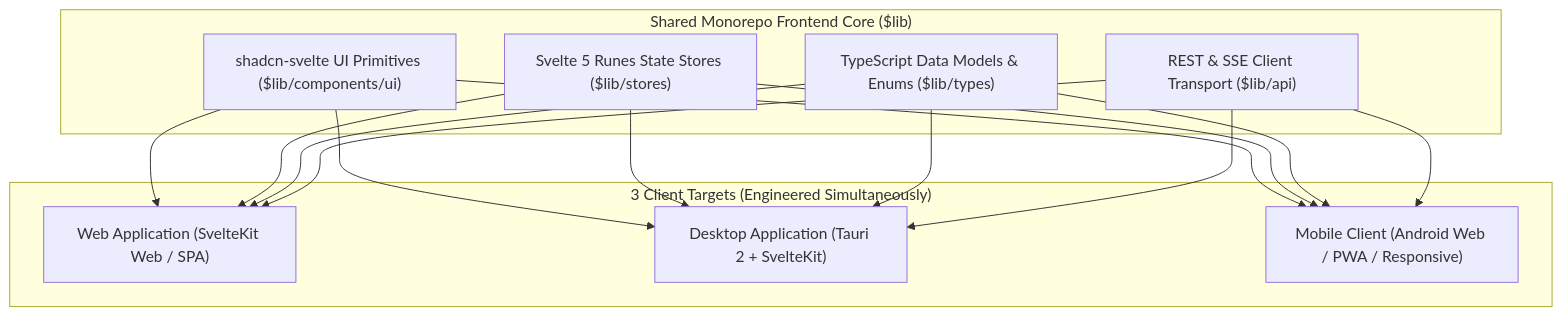
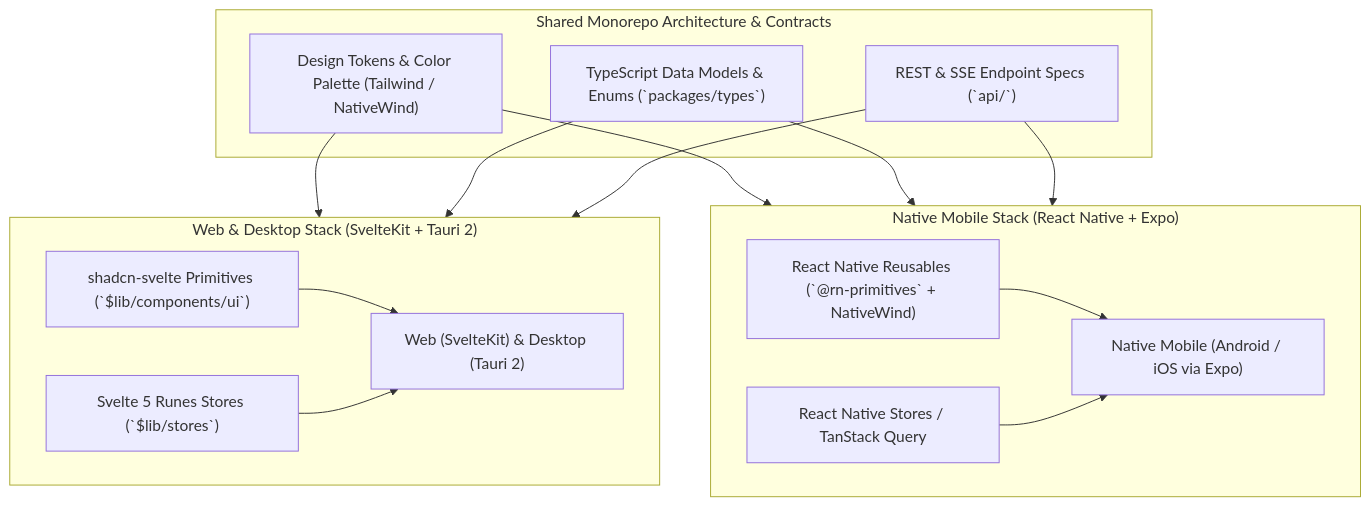
The second of 2 diagrams in docs/FRONTEND_ARCHITECTURE.md (Yogesh-Kumar-Mallik-dev/NovWrite), drawn with Mermaid before and after one commit. The commit also changed other lines of this file and 2 other files, not shown here.

Commit message:
docs(frontend): specify React Native and React Native Reusables mobile stack

````diff
--- a/docs/FRONTEND_ARCHITECTURE.md
+++ b/docs/FRONTEND_ARCHITECTURE.md
@@ -124,19 +125,25 @@
 ```mermaid
 flowchart TD
-    subgraph Core ["Shared Monorepo Frontend Core ($lib)"]
-        Components["shadcn-svelte UI Primitives ($lib/components/ui)"]
-        RunesStores["Svelte 5 Runes State Stores ($lib/stores)"]
-        Contracts["TypeScript Data Models & Enums ($lib/types)"]
-        APIClient["REST & SSE Client Transport ($lib/api)"]
+    subgraph Core ["Shared Monorepo Architecture & Contracts"]
+        Tokens["Design Tokens & Color Palette (Tailwind / NativeWind)"]
+        Contracts["TypeScript Data Models & Enums (`packages/types`)"]
+        APISpec["REST & SSE Endpoint Specs (`api/`)"]
     end
 
-    subgraph Targets ["3 Client Targets (Engineered Simultaneously)"]
-        WebClient["Web Application (SvelteKit Web / SPA)"]
-        DesktopClient["Desktop Application (Tauri 2 + SvelteKit)"]
-        MobileClient["Mobile Client (Android Web / PWA / Responsive)"]
+    subgraph WebDesk ["Web & Desktop Stack (SvelteKit + Tauri 2)"]
+        SvelteUI["shadcn-svelte Primitives (`$lib/components/ui`)"]
+        SvelteStores["Svelte 5 Runes Stores (`$lib/stores`)"]
+        WebDeskApp["Web (SvelteKit) & Desktop (Tauri 2)"]
+        SvelteUI & SvelteStores --> WebDeskApp
     end
 
-    Components & RunesStores & Contracts & APIClient --> WebClient
-    Components & RunesStores & Contracts & APIClient --> DesktopClient
-    Components & RunesStores & Contracts & APIClient --> MobileClient
+    subgraph MobileStack ["Native Mobile Stack (React Native + Expo)"]
+        RNUI["React Native Reusables (`@rn-primitives` + NativeWind)"]
+        RNStores["React Native Stores / TanStack Query"]
+        MobileApp["Native Mobile (Android / iOS via Expo)"]
+        RNUI & RNStores --> MobileApp
+    end
+
+    Tokens & Contracts & APISpec --> WebDesk
+    Tokens & Contracts & APISpec --> MobileStack
 ```
````
